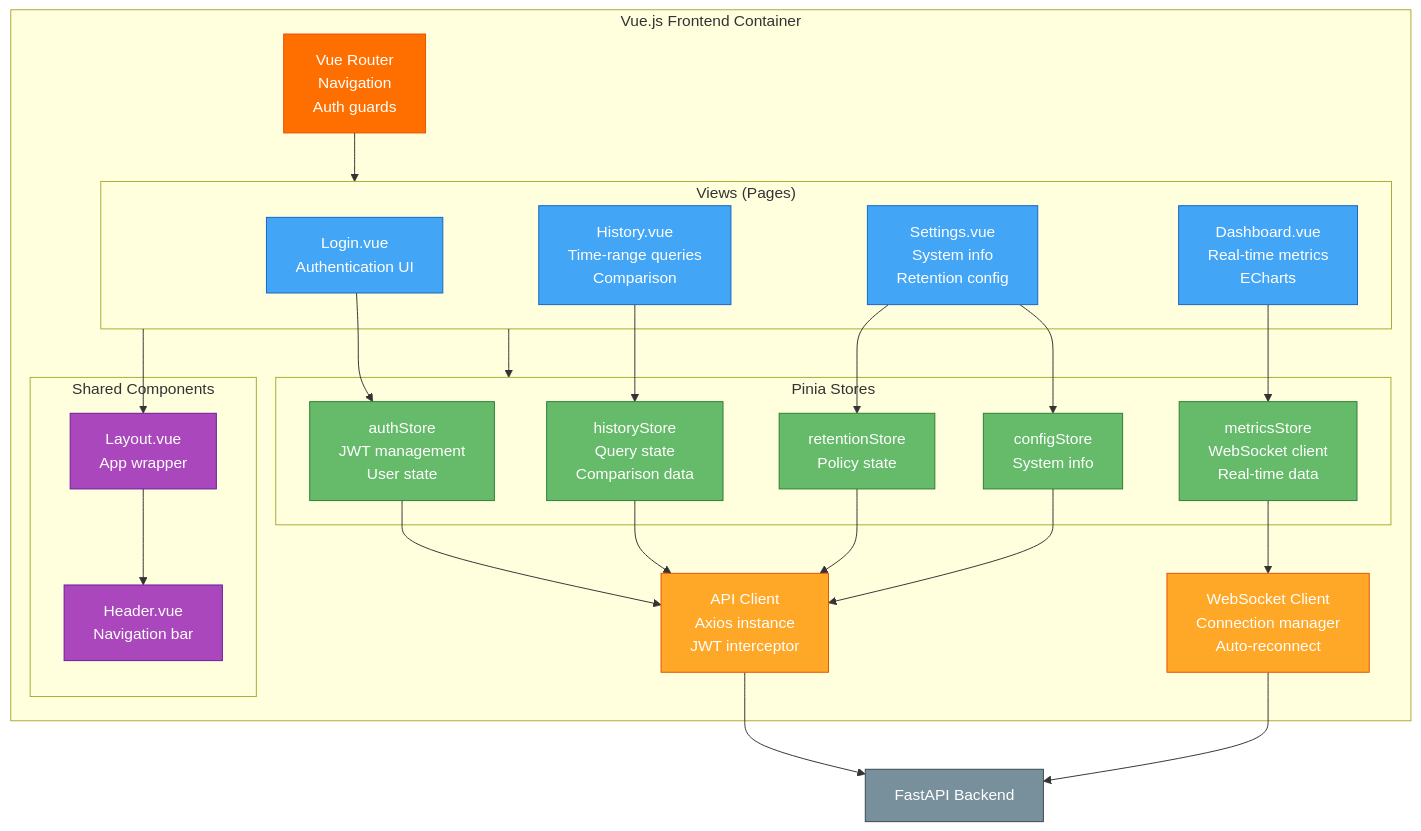
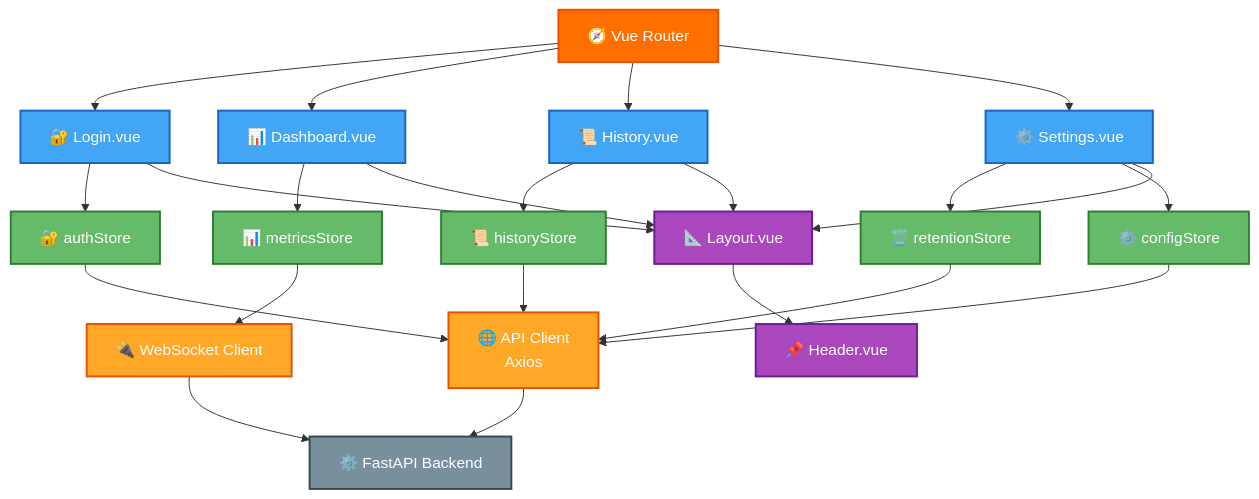
The second of 2 diagrams in docs/diagrams/architects/c4-component.md (zhyndalf/perfwatch), drawn with Mermaid before and after one commit. The commit also changed other lines of this file and 3 other files, not shown here.

First line of the commit message:
docs: fix Mermaid diagrams for GitHub compatibility

````diff
--- a/docs/diagrams/architects/c4-component.md
+++ b/docs/diagrams/architects/c4-component.md
@@ -96,62 +120,66 @@
 ```mermaid
-graph TB
-    subgraph Frontend["Vue.js Frontend Container"]
-        Router[Vue Router<br/>Navigation<br/>Auth guards]
+flowchart TB
+    Router["🧭 Vue Router"]
 
-        subgraph Views["Views (Pages)"]
-            LoginView[Login.vue<br/>Authentication UI]
-            DashView[Dashboard.vue<br/>Real-time metrics<br/>ECharts]
-            HistView[History.vue<br/>Time-range queries<br/>Comparison]
-            SettingsView[Settings.vue<br/>System info<br/>Retention config]
-        end
+    LoginView["🔐 Login.vue"]
+    DashView["📊 Dashboard.vue"]
+    HistView["📜 History.vue"]
+    SettingsView["⚙️ Settings.vue"]
 
-        subgraph Stores["Pinia Stores"]
-            AuthStore[authStore<br/>JWT management<br/>User state]
-            MetricsStore[metricsStore<br/>WebSocket client<br/>Real-time data]
-            HistoryStore[historyStore<br/>Query state<br/>Comparison data]
-            RetentionStore[retentionStore<br/>Policy state]
-            ConfigStore[configStore<br/>System info]
-        end
+    AuthStore["🔐 authStore"]
+    MetricsStore["📊 metricsStore"]
+    HistoryStore["📜 historyStore"]
+    RetentionStore["🗑️ retentionStore"]
+    ConfigStore["⚙️ configStore"]
 
-        subgraph Components["Shared Components"]
-            Layout[Layout.vue<br/>App wrapper]
-            Header[Header.vue<br/>Navigation bar]
-        end
+    Layout["📐 Layout.vue"]
+    Header["📌 Header.vue"]
 
-        APIClient[API Client<br/>Axios instance<br/>JWT interceptor]
-        WSClient[WebSocket Client<br/>Connection manager<br/>Auto-reconnect]
-    end
+    APIClient["🌐 API Client
+    Axios"]
+    WSClient["🔌 WebSocket Client"]
 
-    Backend[FastAPI Backend]
+    Backend["⚙️ FastAPI Backend"]
 
-    Router --> Views
-    Views --> Stores
+    Router --> LoginView
+    Router --> DashView
+    Router --> HistView
+    Router --> SettingsView
+
     LoginView --> AuthStore
     DashView --> MetricsStore
     HistView --> HistoryStore
     SettingsView --> RetentionStore
     SettingsView --> ConfigStore
+
+    LoginView --> Layout
+    DashView --> Layout
+    HistView --> Layout
+    SettingsView --> Layout
     Layout --> Header
-    Views --> Layout
+
     AuthStore --> APIClient
     HistoryStore --> APIClient
     RetentionStore --> APIClient
     ConfigStore --> APIClient
     MetricsStore --> WSClient
+
     APIClient --> Backend
     WSClient --> Backend
 
-    classDef routerStyle fill:#FF6F00,stroke:#E65100,color:#fff
-    classDef viewStyle fill:#42A5F5,stroke:#1565C0,color:#fff
-    classDef storeStyle fill:#66BB6A,stroke:#2E7D32,color:#fff
-    classDef componentStyle fill:#AB47BC,stroke:#6A1B9A,color:#fff
-    classDef clientStyle fill:#FFA726,stroke:#E65100,color:#fff
-    classDef backendStyle fill:#78909C,stroke:#37474F,color:#fff
-
-    class Router routerStyle
-    class LoginView,DashView,HistView,SettingsView viewStyle
-    class AuthStore,MetricsStore,HistoryStore,RetentionStore,ConfigStore storeStyle
-    class Layout,Header componentStyle
-    class APIClient,WSClient clientStyle
-    class Backend backendStyle
+    style Router fill:#FF6F00,stroke:#E65100,stroke-width:2px,color:#fff
+    style LoginView fill:#42A5F5,stroke:#1565C0,stroke-width:2px,color:#fff
+    style DashView fill:#42A5F5,stroke:#1565C0,stroke-width:2px,color:#fff
+    style HistView fill:#42A5F5,stroke:#1565C0,stroke-width:2px,color:#fff
+    style SettingsView fill:#42A5F5,stroke:#1565C0,stroke-width:2px,color:#fff
+    style AuthStore fill:#66BB6A,stroke:#2E7D32,stroke-width:2px,color:#fff
+    style MetricsStore fill:#66BB6A,stroke:#2E7D32,stroke-width:2px,color:#fff
+    style HistoryStore fill:#66BB6A,stroke:#2E7D32,stroke-width:2px,color:#fff
+    style RetentionStore fill:#66BB6A,stroke:#2E7D32,stroke-width:2px,color:#fff
+    style ConfigStore fill:#66BB6A,stroke:#2E7D32,stroke-width:2px,color:#fff
+    style Layout fill:#AB47BC,stroke:#6A1B9A,stroke-width:2px,color:#fff
+    style Header fill:#AB47BC,stroke:#6A1B9A,stroke-width:2px,color:#fff
+    style APIClient fill:#FFA726,stroke:#E65100,stroke-width:2px,color:#fff
+    style WSClient fill:#FFA726,stroke:#E65100,stroke-width:2px,color:#fff
+    style Backend fill:#78909C,stroke:#37474F,stroke-width:2px,color:#fff
 ```
````
